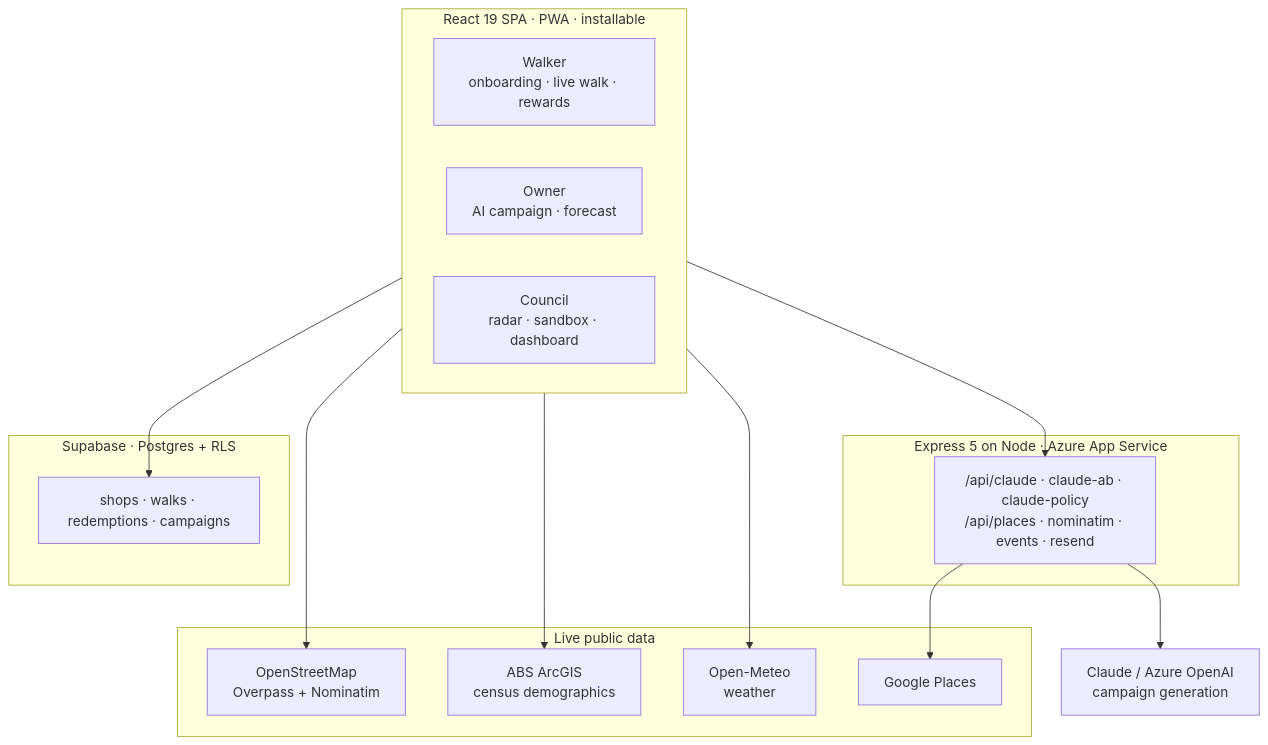
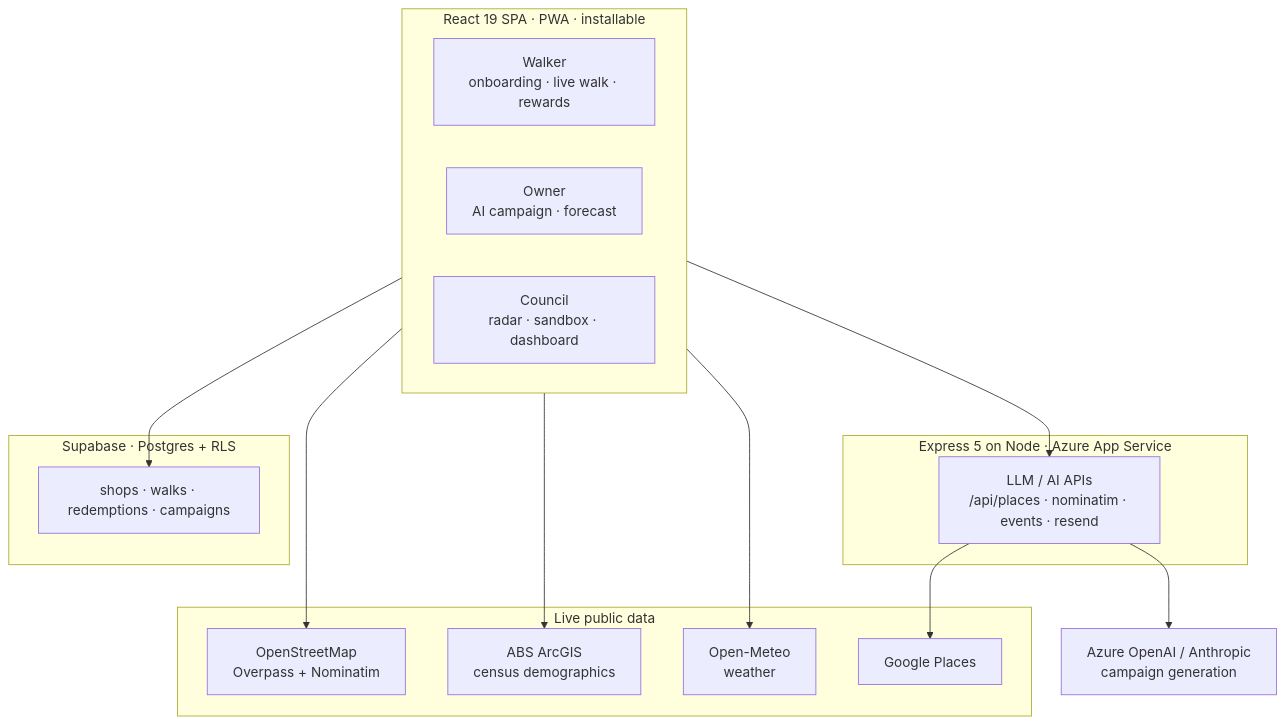
One commit to cattodata/catwalk changed the diagram in README.md. Above: the diagram before and after it, drawn with Mermaid. The commit also changed other lines of this file and 1 other file, not shown here.

First line of the commit message:
Correct the LLM provider order and tighten the README wording [skip ci]

````diff
--- a/README.md
+++ b/README.md
@@ -69,33 +69,33 @@
 ```mermaid
 flowchart TB
   subgraph client["React 19 SPA · PWA · installable"]
     W["Walker<br/>onboarding · live walk · rewards"]
     O["Owner<br/>AI campaign · forecast"]
     C["Council<br/>radar · sandbox · dashboard"]
   end
 
   subgraph server["Express 5 on Node · Azure App Service"]
-    API["/api/claude · claude-ab · claude-policy<br/>/api/places · nominatim · events · resend"]
+    API["LLM / AI APIs<br/>/api/places · nominatim · events · resend"]
   end
 
   subgraph data["Supabase · Postgres + RLS"]
     T["shops · walks · redemptions · campaigns"]
   end
 
   subgraph ext["Live public data"]
     OSM["OpenStreetMap<br/>Overpass + Nominatim"]
     ABS["ABS ArcGIS<br/>census demographics"]
     MET["Open-Meteo<br/>weather"]
     GP["Google Places"]
   end
 
-  LLM["Claude / Azure OpenAI<br/>campaign generation"]
+  LLM["Azure OpenAI / Anthropic<br/>campaign generation"]
 
   client --> API
   API --> LLM
   client --> T
   client --> OSM
   client --> ABS
   client --> MET
   API --> GP
 ```
````
